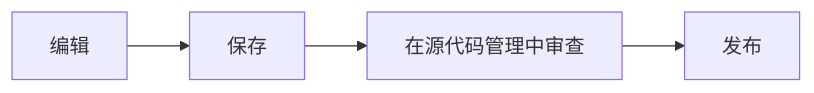
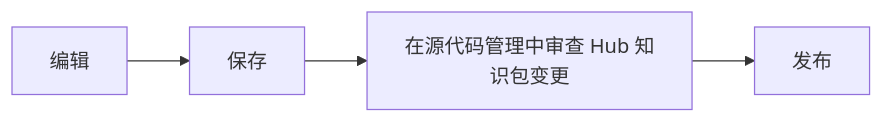
One commit to cyborgoat/nest changed the diagram in examples/knowledge-packs/getting-started-zh-cn/1.0.0/guides/编辑与源代码管理.md. Above: the diagram before and after it, drawn with Mermaid. The commit also changed other lines of this file and 47 other files, not shown here.

````diff
--- a/examples/knowledge-packs/getting-started-zh-cn/1.0.0/guides/编辑与源代码管理.md
+++ b/examples/knowledge-packs/getting-started-zh-cn/1.0.0/guides/编辑与源代码管理.md
@@ -8,6 +8,6 @@
 ```mermaid
 flowchart LR
   Edit[编辑] --> Save[保存]
-  Save --> Review[在源代码管理中审查]
+  Save --> Review[在源代码管理中审查 Hub 知识包变更]
   Review --> Publish[发布]
 ```
````
